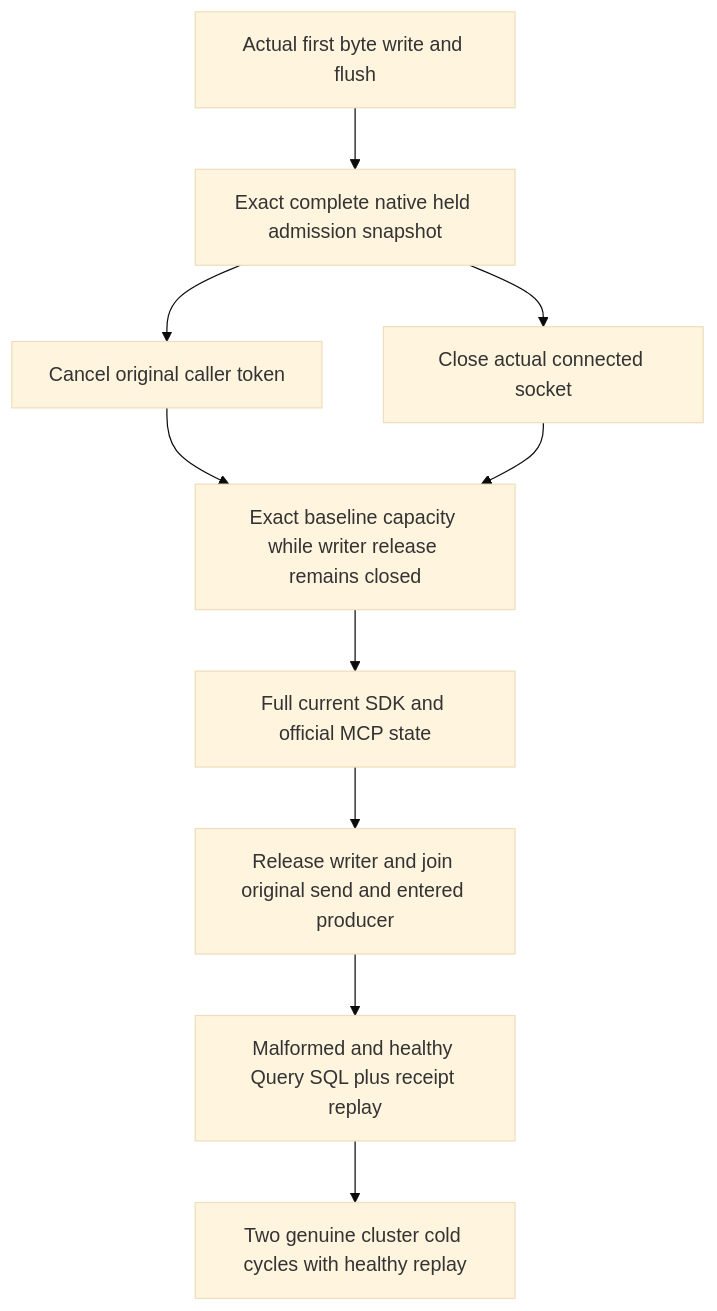
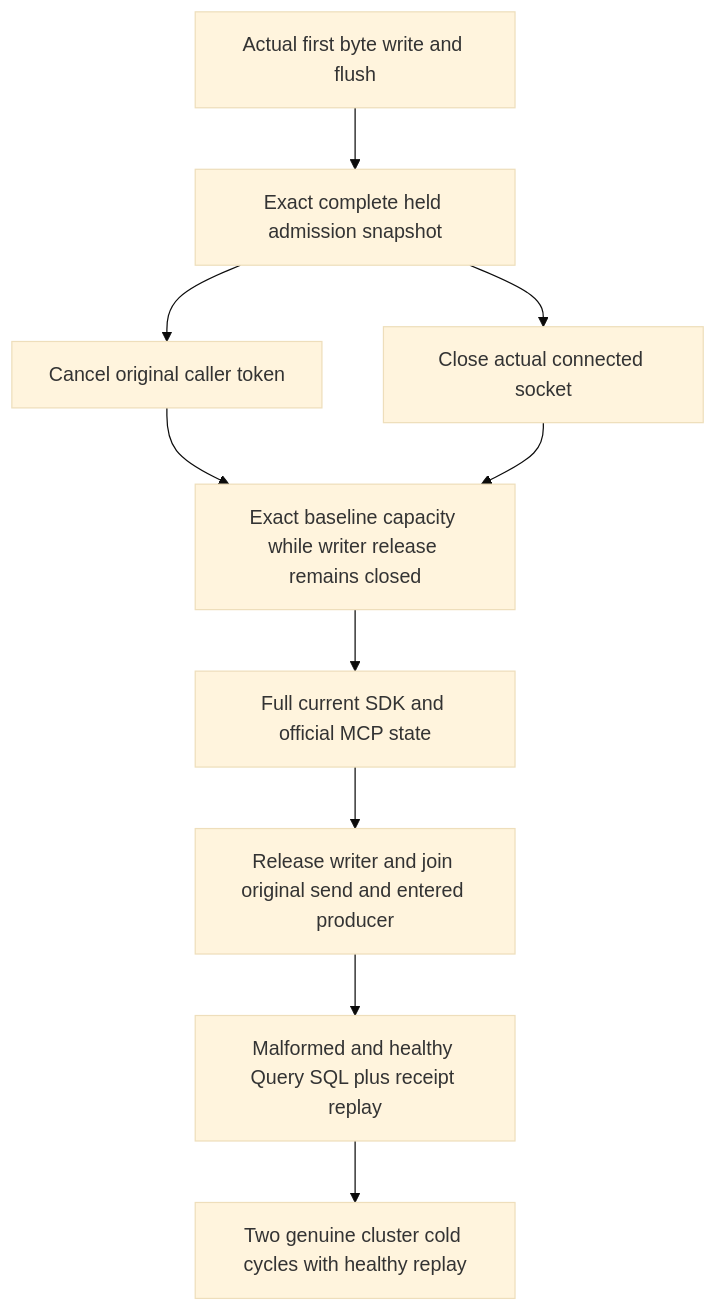
One commit to managedcode/KeyLoad changed the diagram in docs/Features/ResourceExecution/SlowBodyAdmissionReturn.md. Above: the diagram before and after it, drawn with Mermaid (base theme). The commit also changed other lines of this file and 9016 other files, not shown here.

````diff
--- a/docs/Features/ResourceExecution/SlowBodyAdmissionReturn.md
+++ b/docs/Features/ResourceExecution/SlowBodyAdmissionReturn.md
@@ -23,12 +23,12 @@
 ```mermaid
 flowchart TD
-    Start[Actual first byte write and flush] --> Held[Exact complete native held admission snapshot]
+    Start[Actual first byte write and flush] --> Held[Exact complete held admission snapshot]
     Held --> Cancel[Cancel original caller token]
     Held --> Disconnect[Close actual connected socket]
     Cancel --> Return[Exact baseline capacity while writer release remains closed]
     Disconnect --> Return
     Return --> Current[Full current SDK and official MCP state]
     Current --> Join[Release writer and join original send and entered producer]
     Join --> Healthy[Malformed and healthy Query SQL plus receipt replay]
     Healthy --> Cold[Two genuine cluster cold cycles with healthy replay]
 ```
````
